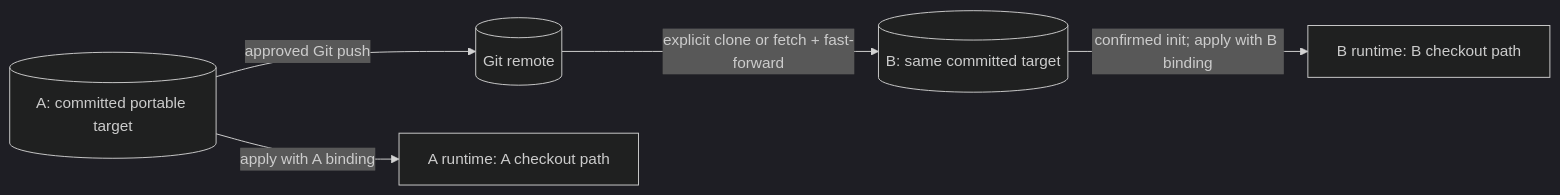
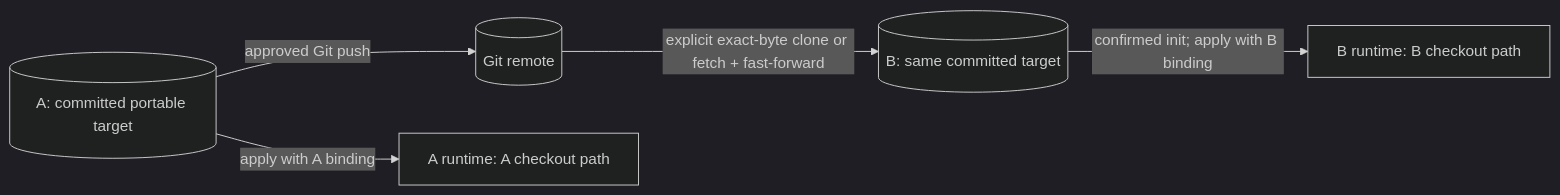
The second of 5 diagrams in docs/architecture.md (ferrywlto/ai-env-as-code), drawn with Mermaid (dark theme) before and after one commit. The commit also changed other lines of this file and 3 other files, not shown here.

````diff
--- a/docs/architecture.md
+++ b/docs/architecture.md
@@ -86,7 +86,7 @@
 ```mermaid
 flowchart LR
     A[(A: committed portable target)] -->|approved Git push| Remote[(Git remote)]
-    Remote -->|explicit clone or fetch + fast-forward| B[(B: same committed target)]
+    Remote -->|explicit exact-byte clone or fetch + fast-forward| B[(B: same committed target)]
     A -->|apply with A binding| RuntimeA[A runtime: A checkout path]
     B -->|confirmed init; apply with B binding| RuntimeB[B runtime: B checkout path]
 ```
````
